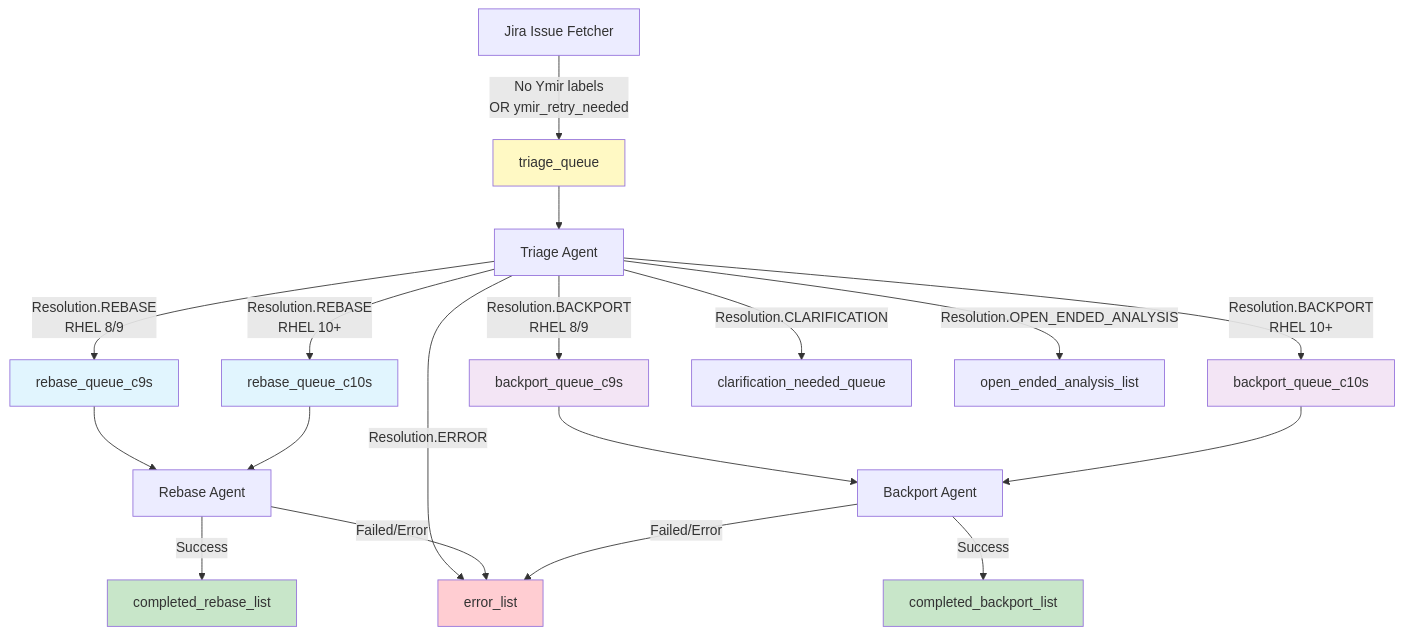
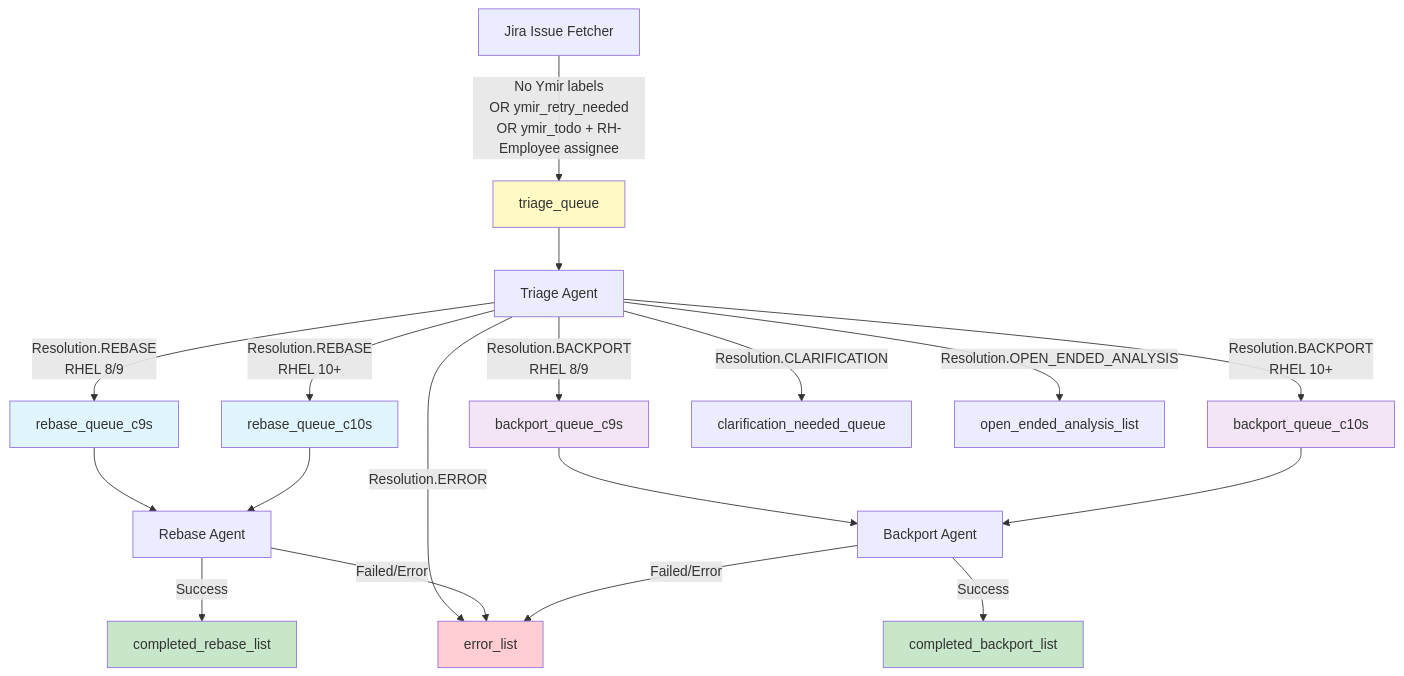
One commit to packit/ai-workflows changed the second of 3 diagrams in jira_label_workflow_routing.md. Above: the diagram before and after it, drawn with Mermaid. The commit also changed other lines of this file and 8 other files, not shown here.

First line of the commit message:
Enable user-triggered e2e CVE processing via ymir_todo label

````diff
--- a/jira_label_workflow_routing.md
+++ b/jira_label_workflow_routing.md
@@ -29,35 +29,35 @@
 ```mermaid
 flowchart TD
     FETCH[Jira Issue Fetcher]
 
-    FETCH -->|No Ymir labels<br/>OR ymir_retry_needed| TRIAGE[triage_queue]
+    FETCH -->|No Ymir labels<br/>OR ymir_retry_needed<br/>OR ymir_todo + RH-Employee assignee| TRIAGE[triage_queue]
 
     TRIAGE --> TRIAGE_AGENT[Triage Agent]
 
     TRIAGE_AGENT -->|Resolution.REBASE<br/>RHEL 8/9| REBASE_C9S[rebase_queue_c9s]
     TRIAGE_AGENT -->|Resolution.REBASE<br/>RHEL 10+| REBASE_C10S[rebase_queue_c10s]
     TRIAGE_AGENT -->|Resolution.BACKPORT<br/>RHEL 8/9| BACKPORT_C9S[backport_queue_c9s]
     TRIAGE_AGENT -->|Resolution.BACKPORT<br/>RHEL 10+| BACKPORT_C10S[backport_queue_c10s]
     TRIAGE_AGENT -->|Resolution.CLARIFICATION| CLARIFY[clarification_needed_queue]
     TRIAGE_AGENT -->|Resolution.OPEN_ENDED_ANALYSIS| ANALYSIS[open_ended_analysis_list]
     TRIAGE_AGENT -->|Resolution.ERROR| ERROR[error_list]
 
     REBASE_C9S --> REBASE_AGENT[Rebase Agent]
     REBASE_C10S --> REBASE_AGENT
     BACKPORT_C9S --> BACKPORT_AGENT[Backport Agent]
     BACKPORT_C10S --> BACKPORT_AGENT
 
     REBASE_AGENT -->|Success| COMPLETED_R[completed_rebase_list]
     REBASE_AGENT -->|Failed/Error| ERROR
     BACKPORT_AGENT -->|Success| COMPLETED_B[completed_backport_list]
     BACKPORT_AGENT -->|Failed/Error| ERROR
 
     style TRIAGE fill:#fff9c4
     style REBASE_C9S fill:#e1f5fe
     style REBASE_C10S fill:#e1f5fe
     style BACKPORT_C9S fill:#f3e5f5
     style BACKPORT_C10S fill:#f3e5f5
     style ERROR fill:#ffcdd2
     style COMPLETED_R fill:#c8e6c9
     style COMPLETED_B fill:#c8e6c9
 ```
````
